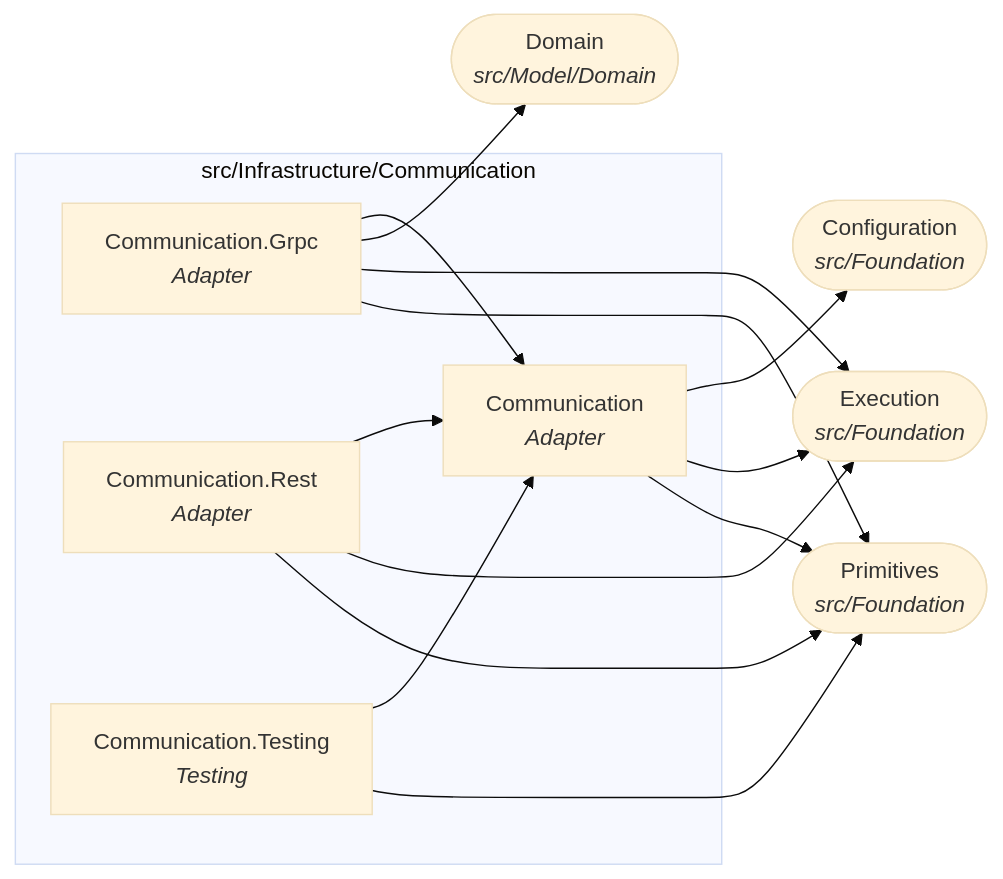
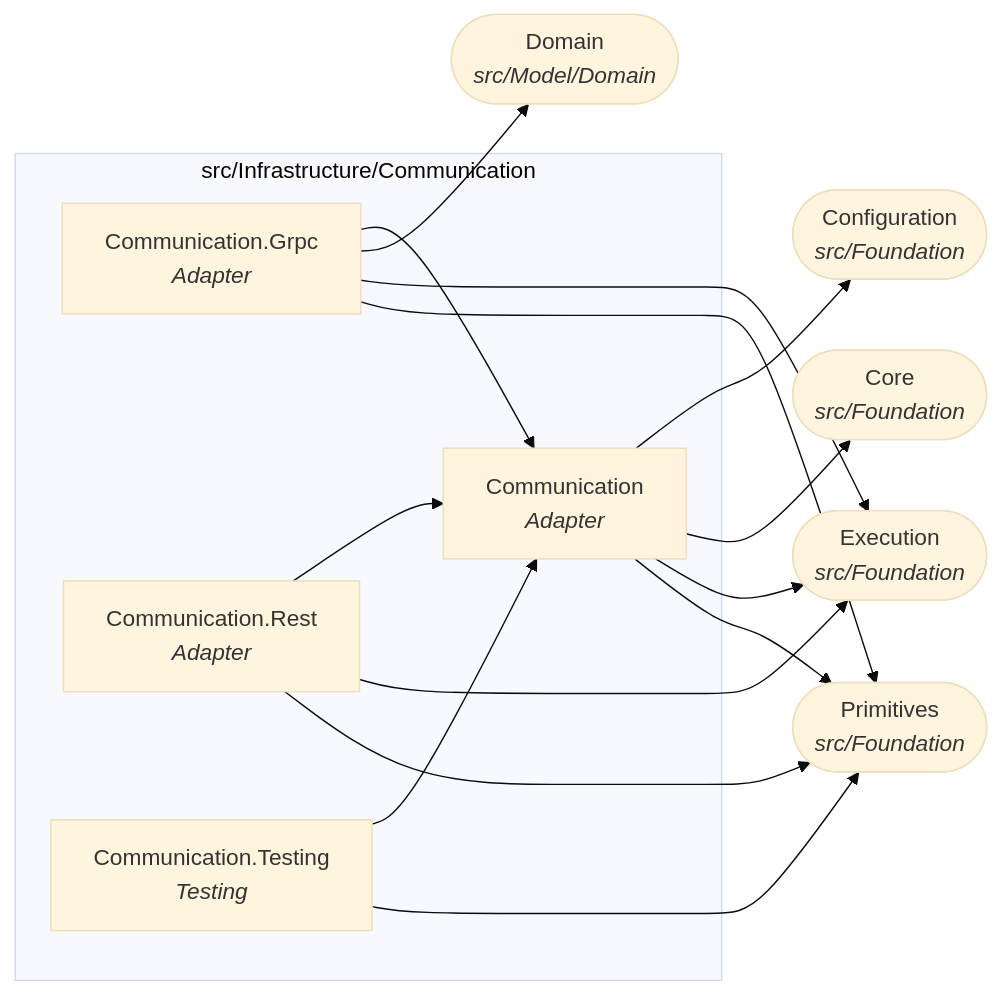
Before and after one commit to Gresta-Vertex-Labs/platform-shared-kernel: the ninth of 22 diagrams in docs/dependency-graph.md, drawn with Mermaid (base theme). The commit also changed other lines of this file and 1494 other files, not shown here.

````diff
--- a/docs/dependency-graph.md
+++ b/docs/dependency-graph.md
@@ -357,25 +366,27 @@
 ```mermaid
 flowchart LR
   subgraph folder_src_Infrastructure_Communication["src/Infrastructure/Communication"]
     SharedKernel_Communication["Communication<br/><i>Adapter</i>"]
     SharedKernel_Communication_Grpc["Communication.Grpc<br/><i>Adapter</i>"]
     SharedKernel_Communication_Rest["Communication.Rest<br/><i>Adapter</i>"]
     SharedKernel_Communication_Testing["Communication.Testing<br/><i>Testing</i>"]
   end
   SharedKernel_Configuration(["Configuration<br/><i>src/Foundation</i>"])
+  SharedKernel_Core(["Core<br/><i>src/Foundation</i>"])
   SharedKernel_Domain(["Domain<br/><i>src/Model/Domain</i>"])
   SharedKernel_Execution(["Execution<br/><i>src/Foundation</i>"])
   SharedKernel_Primitives(["Primitives<br/><i>src/Foundation</i>"])
   SharedKernel_Communication --> SharedKernel_Configuration
+  SharedKernel_Communication --> SharedKernel_Core
   SharedKernel_Communication --> SharedKernel_Execution
   SharedKernel_Communication --> SharedKernel_Primitives
   SharedKernel_Communication_Grpc --> SharedKernel_Communication
   SharedKernel_Communication_Grpc --> SharedKernel_Domain
   SharedKernel_Communication_Grpc --> SharedKernel_Execution
   SharedKernel_Communication_Grpc --> SharedKernel_Primitives
   SharedKernel_Communication_Rest --> SharedKernel_Communication
   SharedKernel_Communication_Rest --> SharedKernel_Execution
   SharedKernel_Communication_Rest --> SharedKernel_Primitives
   SharedKernel_Communication_Testing --> SharedKernel_Communication
   SharedKernel_Communication_Testing --> SharedKernel_Primitives
 ```
````
